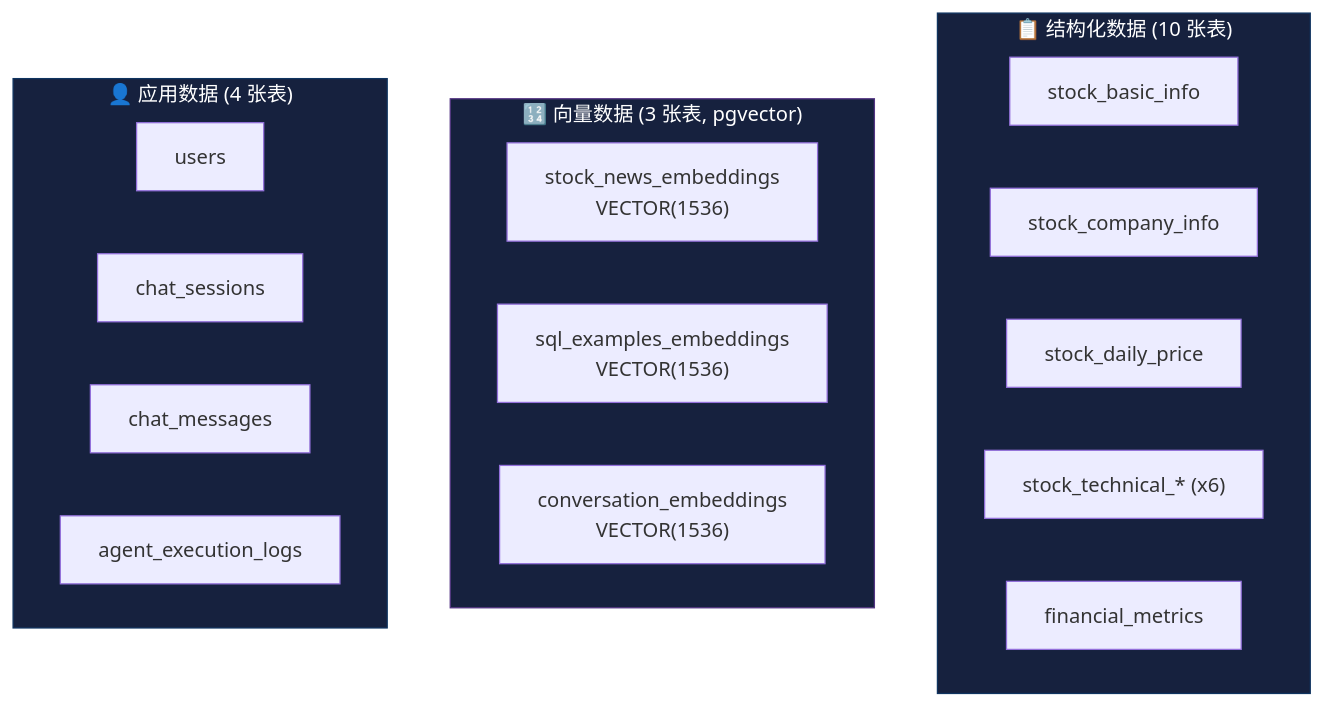
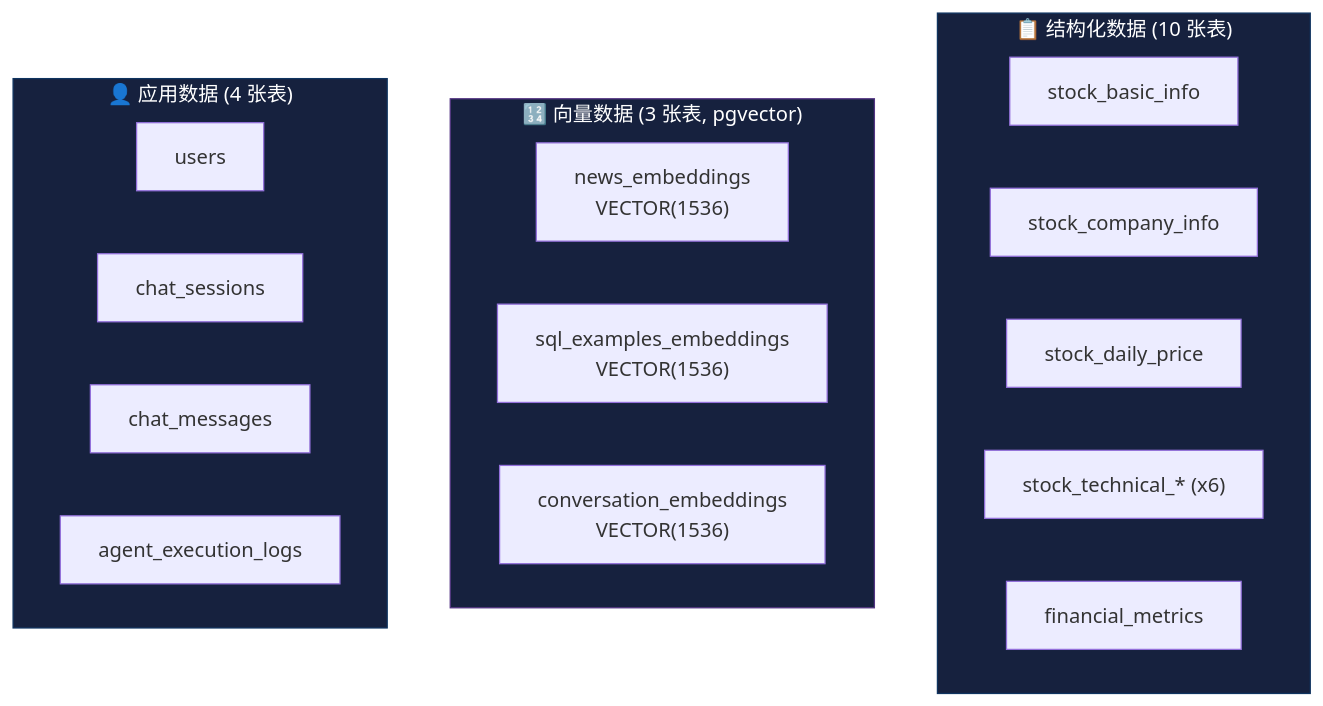
One commit to cherryni2022/stock_ai_agent changed the fifth of 9 diagrams in docs/architecture.md. Above: the diagram before and after it, drawn with Mermaid. The commit also changed 6 other files, not shown here.

````diff
--- a/docs/architecture.md
+++ b/docs/architecture.md
@@ -225,30 +225,30 @@
 ```mermaid
 graph TB
     subgraph StructuredData["📋 结构化数据 (10 张表)"]
         direction LR
         T_BASIC["stock_basic_info"]
         T_COMPANY["stock_company_info"]
         T_PRICE["stock_daily_price"]
         T_TECH["stock_technical_* (x6)"]
         T_FIN["financial_metrics"]
     end
     
     subgraph VectorData["🔢 向量数据 (3 张表, pgvector)"]
         direction LR
-        V_NEWS["stock_news_embeddings<br/>VECTOR(1536)"]
+        V_NEWS["news_embeddings<br/>VECTOR(1536)"]
         V_SQL["sql_examples_embeddings<br/>VECTOR(1536)"]
         V_CONV["conversation_embeddings<br/>VECTOR(1536)"]
     end
     
     subgraph AppData["👤 应用数据 (4 张表)"]
         direction LR
         A_USER["users"]
         A_SESSION["chat_sessions"]
         A_MSG["chat_messages"]
         A_LOG["agent_execution_logs"]
     end
     
     style StructuredData fill:#16213e,stroke:#0f3460,color:#fff
     style VectorData fill:#16213e,stroke:#533483,color:#fff
     style AppData fill:#16213e,stroke:#0f3460,color:#fff
 ```
````
